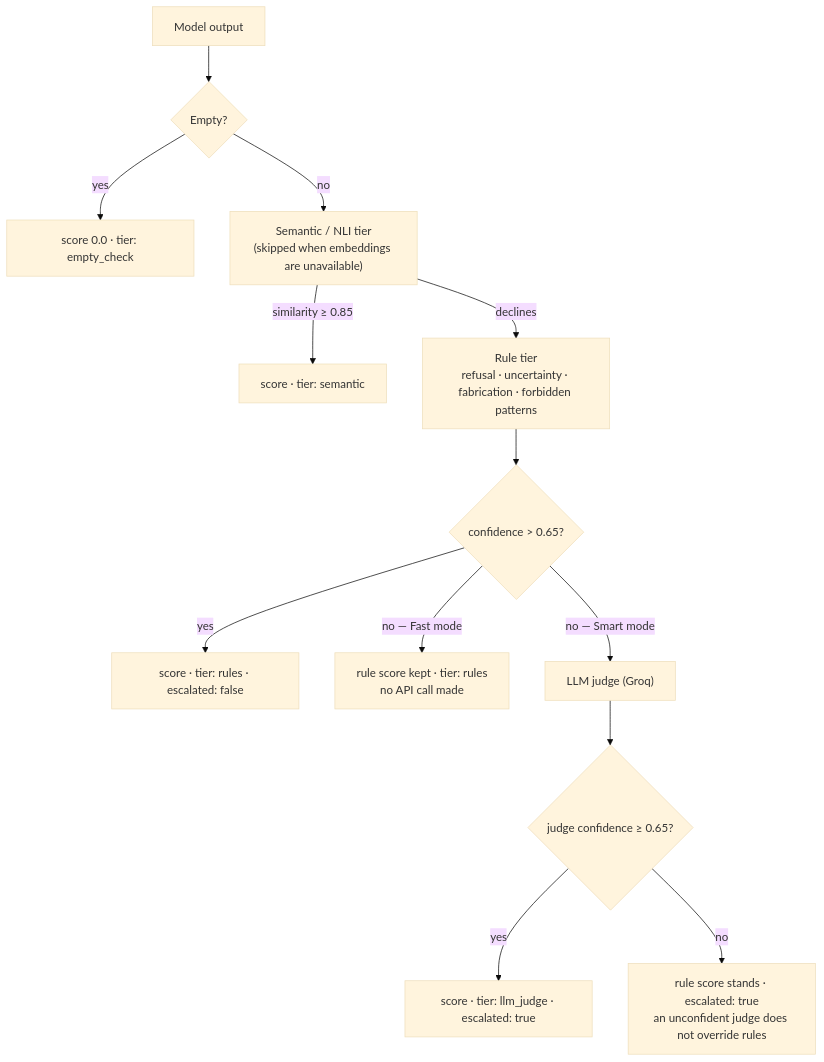
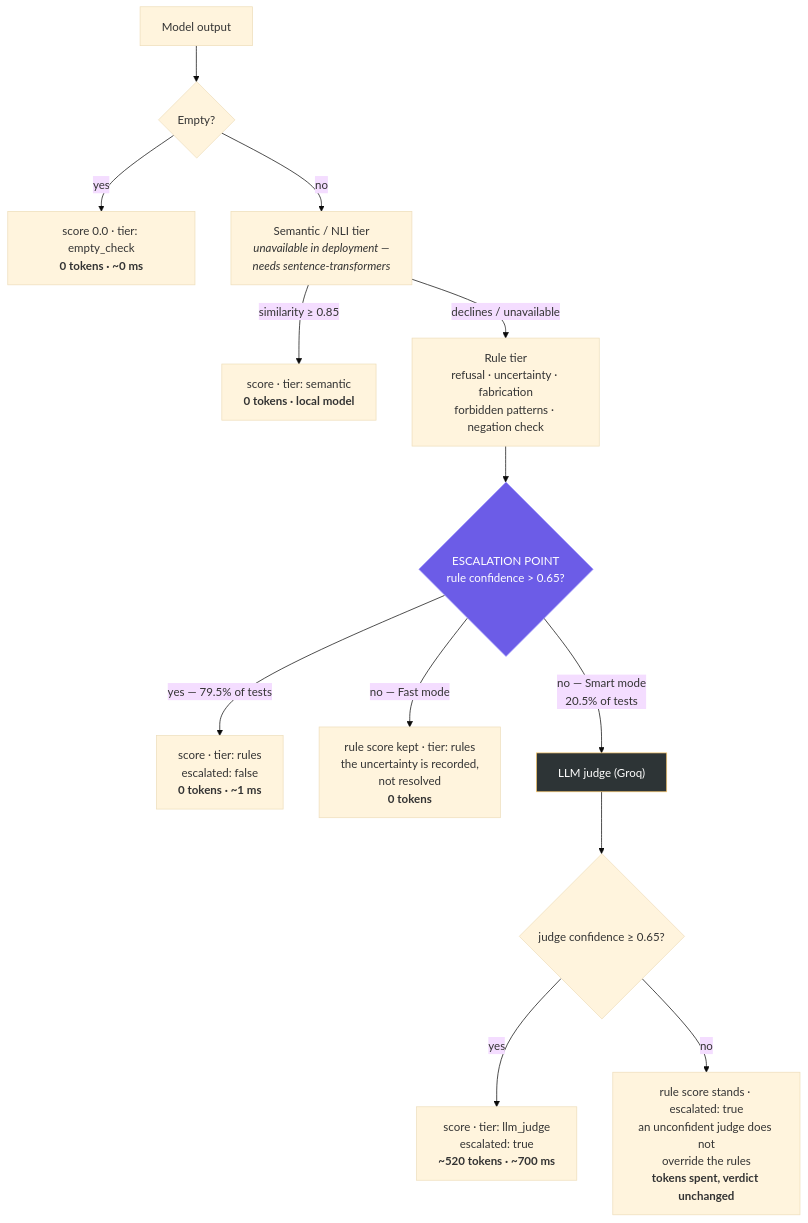
Before and after one commit to AyushkhatiDev/llm-eval: the first of 2 diagrams in README.md, drawn with Mermaid (base theme). The commit also changed other lines of this file and 8 other files, not shown here.

````diff
--- a/README.md
+++ b/README.md
@@ -63,15 +102,21 @@
 ```mermaid
 flowchart TD
   A["Model output"] --> B{"Empty?"}
-  B -->|yes| Z["score 0.0 · tier: empty_check"]
-  B -->|no| C["Semantic / NLI tier<br/>(skipped when embeddings are unavailable)"]
-  C -->|"similarity ≥ 0.85"| Y["score · tier: semantic"]
-  C -->|"declines"| D["Rule tier<br/>refusal · uncertainty · fabrication · forbidden patterns"]
-  D --> E{"confidence > 0.65?"}
-  E -->|yes| X["score · tier: rules · escalated: false"]
-  E -->|"no — Fast mode"| W["rule score kept · tier: rules<br/>no API call made"]
-  E -->|"no — Smart mode"| F["LLM judge (Groq)"]
+  B -->|yes| Z["score 0.0 · tier: empty_check<br/><b>0 tokens · ~0 ms</b>"]
+  B -->|no| C["Semantic / NLI tier<br/><i>unavailable in deployment —<br/>needs sentence-transformers</i>"]
+  C -->|"similarity ≥ 0.85"| Y["score · tier: semantic<br/><b>0 tokens · local model</b>"]
+  C -->|"declines / unavailable"| D["Rule tier<br/>refusal · uncertainty · fabrication<br/>forbidden patterns · negation check"]
+
+  D --> E{"ESCALATION POINT<br/>rule confidence > 0.65?"}
+
+  E -->|"yes — 79.5% of tests"| X["score · tier: rules<br/>escalated: false<br/><b>0 tokens · ~1 ms</b>"]
+  E -->|"no — Fast mode"| W["rule score kept · tier: rules<br/>the uncertainty is recorded,<br/>not resolved<br/><b>0 tokens</b>"]
+  E -->|"no — Smart mode<br/>20.5% of tests"| F["LLM judge (Groq)"]
+
   F --> G{"judge confidence ≥ 0.65?"}
-  G -->|yes| V["score · tier: llm_judge · escalated: true"]
-  G -->|no| U["rule score stands · escalated: true<br/>an unconfident judge does not override rules"]
+  G -->|yes| V["score · tier: llm_judge<br/>escalated: true<br/><b>~520 tokens · ~700 ms</b>"]
+  G -->|no| U["rule score stands · escalated: true<br/>an unconfident judge does not<br/>override the rules<br/><b>tokens spent, verdict unchanged</b>"]
+
+  style E fill:#6c5ce7,stroke:#a29bfe,color:#fff
+  style F fill:#2d3436,stroke:#fdcb6e,color:#fff
 ```
````
